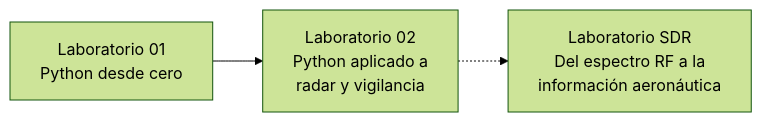
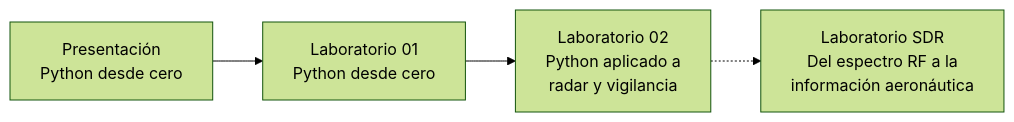
One commit to marcoteran/python-vigilancia-labs changed the diagram in README.md. Above: the diagram before and after it, drawn with Mermaid (forest theme). The commit also changed other lines of this file and 15 other files, not shown here.

````diff
--- a/README.md
+++ b/README.md
@@ -39,5 +75,6 @@
 ```mermaid
 flowchart LR
-    A["Laboratorio 01<br/>Python desde cero"] --> B["Laboratorio 02<br/>Python aplicado a<br/>radar y vigilancia"]
+    P["Presentación<br/>Python desde cero"] --> A["Laboratorio 01<br/>Python desde cero"]
+    A --> B["Laboratorio 02<br/>Python aplicado a<br/>radar y vigilancia"]
     B -.-> C["Laboratorio SDR<br/>Del espectro RF a la<br/>información aeronáutica"]
 ```
````
